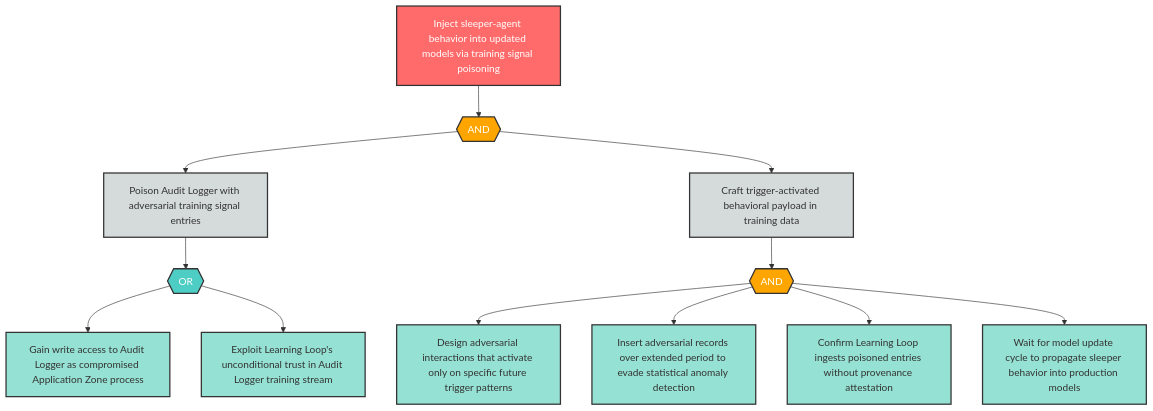
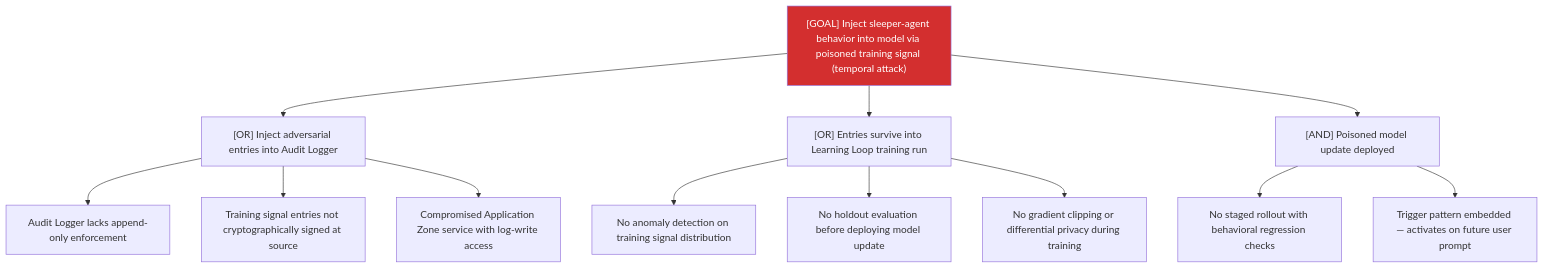
The diagram in examples/agentic-app/sample-report/attack-trees/T-8-attack-tree.md (q-qp-p/davidmatousek-tachi), drawn with Mermaid before and after one commit. The commit also changed other lines of this file and 132 other files, not shown here.

````diff
--- a/examples/agentic-app/sample-report/attack-trees/T-8-attack-tree.md
+++ b/examples/agentic-app/sample-report/attack-trees/T-8-attack-tree.md
@@ -8,39 +7,17 @@
 ```mermaid
-flowchart TD
-    T8_root["Inject sleeper-agent behavior into updated models via training signal poisoning"]
-    T8_and1{{"AND"}}
-    T8_sub1["Poison Audit Logger with adversarial training signal entries"]
-    T8_sub2["Craft trigger-activated behavioral payload in training data"]
-    T8_or1{{"OR"}}
-    T8_leaf1["Gain write access to Audit Logger as compromised Application Zone process"]
-    T8_leaf2["Exploit Learning Loop's unconditional trust in Audit Logger training stream"]
-    T8_and2{{"AND"}}
-    T8_leaf3["Design adversarial interactions that activate only on specific future trigger patterns"]
-    T8_leaf4["Insert adversarial records over extended period to evade statistical anomaly detection"]
-    T8_leaf5["Confirm Learning Loop ingests poisoned entries without provenance attestation"]
-    T8_leaf6["Wait for model update cycle to propagate sleeper behavior into production models"]
-
-    T8_root --> T8_and1
-    T8_and1 --> T8_sub1
-    T8_and1 --> T8_sub2
-    T8_sub1 --> T8_or1
-    T8_or1 --> T8_leaf1
-    T8_or1 --> T8_leaf2
-    T8_sub2 --> T8_and2
-    T8_and2 --> T8_leaf3
-    T8_and2 --> T8_leaf4
-    T8_and2 --> T8_leaf5
-    T8_and2 --> T8_leaf6
-
-    classDef goal fill:#ff6b6b,stroke:#333,stroke-width:2px,color:#fff
-    classDef andGate fill:#ffa500,stroke:#333,stroke-width:2px,color:#fff
-    classDef orGate fill:#4ecdc4,stroke:#333,stroke-width:2px,color:#fff
-    classDef subGoal fill:#d5dbdb,stroke:#333,stroke-width:2px,color:#333
-    classDef leaf fill:#95e1d3,stroke:#333,stroke-width:2px,color:#333
-
-    class T8_root goal
-    class T8_and1,T8_and2 andGate
-    class T8_or1 orGate
-    class T8_sub1,T8_sub2 subGoal
-    class T8_leaf1,T8_leaf2,T8_leaf3,T8_leaf4,T8_leaf5,T8_leaf6 leaf
+graph TD
+    Goal["[GOAL] Inject sleeper-agent behavior into model via poisoned training signal (temporal attack)"]
+    Goal --> A["[OR] Inject adversarial entries into Audit Logger"]
+    A --> A1["Audit Logger lacks append-only enforcement"]
+    A --> A2["Training signal entries not cryptographically signed at source"]
+    A --> A3["Compromised Application Zone service with log-write access"]
+    Goal --> B["[OR] Entries survive into Learning Loop training run"]
+    B --> B1["No anomaly detection on training signal distribution"]
+    B --> B2["No holdout evaluation before deploying model update"]
+    B --> B3["No gradient clipping or differential privacy during training"]
+    Goal --> C["[AND] Poisoned model update deployed"]
+    C --> C1["No staged rollout with behavioral regression checks"]
+    C --> C2["Trigger pattern embedded — activates on future user prompt"]
+    classDef critical fill:#d32f2f,color:#fff
+    class Goal critical
 ```
````
